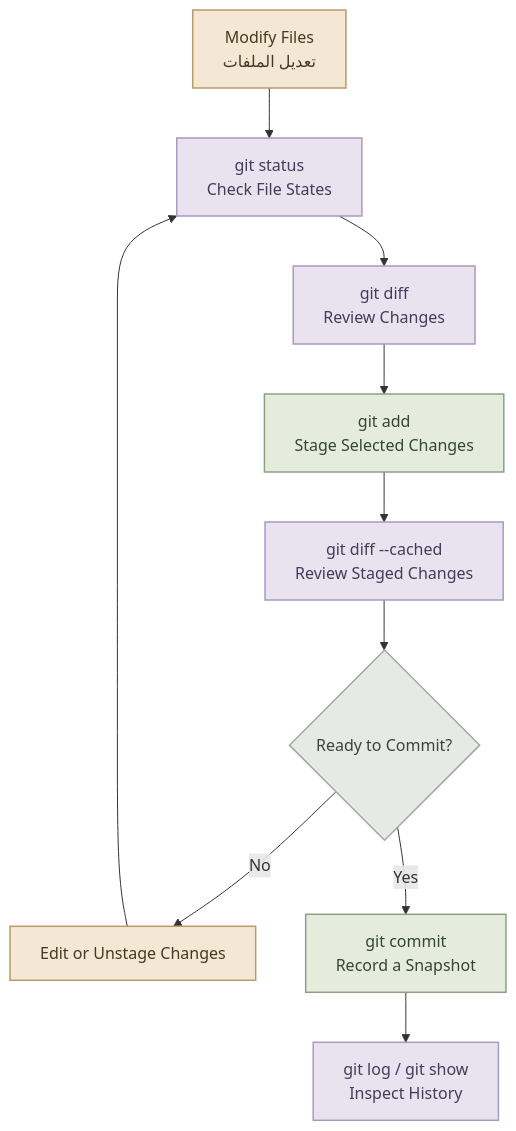
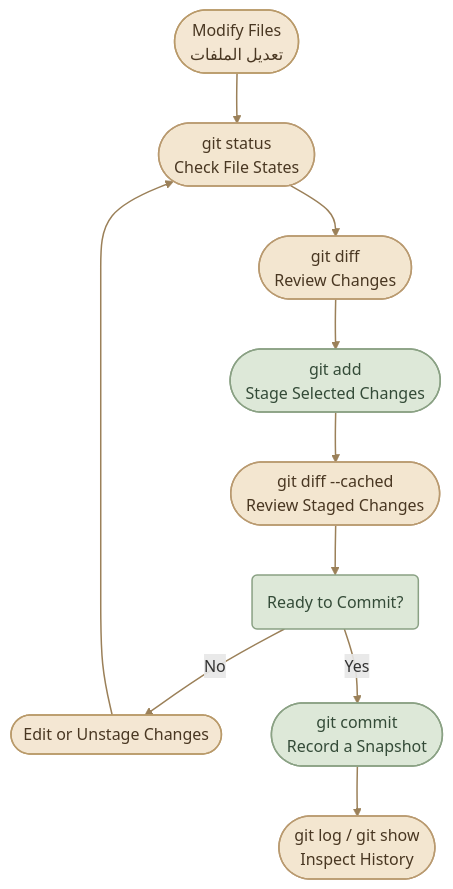
Before and after one commit to mustafammasoud/ops-handbook: the diagram in content/version-control/Git and GitHub/basic-git-workflow.mdx, drawn with Mermaid. The commit also changed other lines of this file and 17 other files, not shown here.

````diff
--- a/content/version-control/Git and GitHub/basic-git-workflow.mdx
+++ b/content/version-control/Git and GitHub/basic-git-workflow.mdx
@@ -48,22 +47,24 @@
 ```mermaid
 flowchart TD
-    A["Modify Files<br/>تعديل الملفات"] --> B["git status<br/>Check File States"]
-    B --> C["git diff<br/>Review Changes"]
-    C --> D["git add<br/>Stage Selected Changes"]
-    D --> E["git diff --cached<br/>Review Staged Changes"]
-    E --> F{"Ready to Commit?"}
-    F -->|"No"| G["Edit or Unstage Changes"]
+    A(["Modify Files<br/>تعديل الملفات"]) --> B(["git status<br/>Check File States"])
+    B --> C(["git diff<br/>Review Changes"])
+    C --> D(["git add<br/>Stage Selected Changes"])
+    D --> E(["git diff --cached<br/>Review Staged Changes"])
+    E --> F("Ready to Commit?")
+    F -->|"No"| G(["Edit or Unstage Changes"])
     G --> B
-    F -->|"Yes"| H["git commit<br/>Record a Snapshot"]
-    H --> I["git log / git show<br/>Inspect History"]
+    F -->|"Yes"| H(["git commit<br/>Record a Snapshot"])
+    H --> I(["git log / git show<br/>Inspect History"])
 
     classDef work fill:#F4E7D3,stroke:#B99A6A,color:#493722,stroke-width:1.5px
-    classDef inspect fill:#E9E3F0,stroke:#A99ABF,color:#463B58,stroke-width:1.5px
-    classDef stage fill:#E5EBDD,stroke:#8CA184,color:#344734,stroke-width:1.5px
-    classDef decision fill:#E7E9E7,stroke:#A1AAA2,color:#39443D,stroke-width:1.5px
+    classDef inspect fill:#F3E6D0,stroke:#B99A70,color:#493722,stroke-width:1.5px
+    classDef stage fill:#DDE8D8,stroke:#8AA184,color:#344B38,stroke-width:1.5px
+    classDef decision fill:#DDE8D8,stroke:#8AA184,color:#344B38,stroke-width:1.5px
 
     class A,G work
     class B,C,E,I inspect
     class D,H stage
     class F decision
+
+    linkStyle default stroke:#9B8059,stroke-width:1.5px
 ```
````
